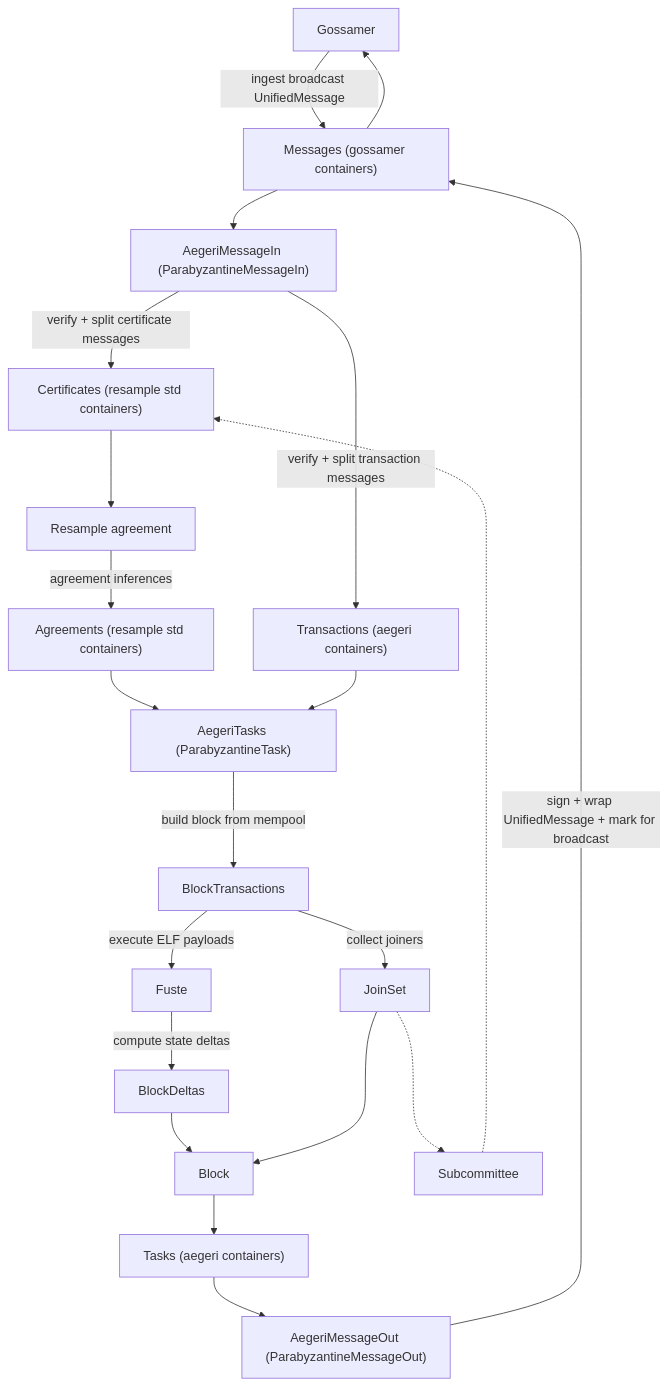
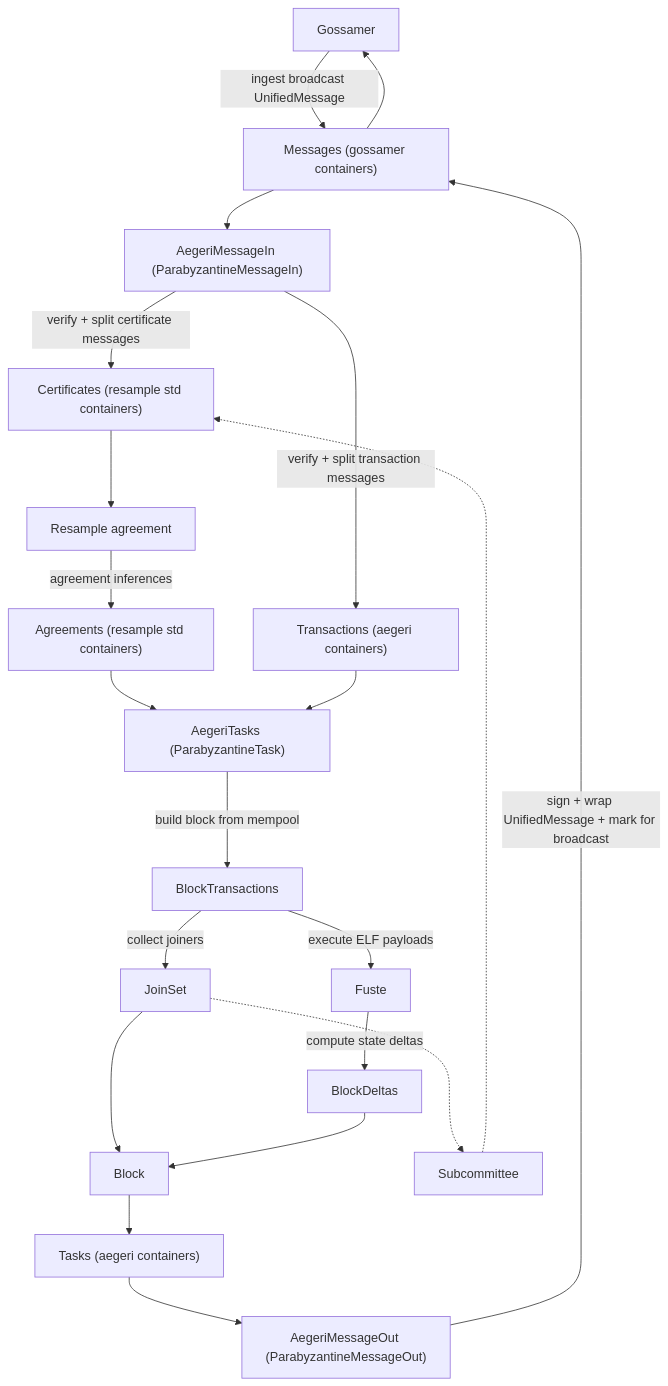
The diagram in aegeri/process/README.md (ramate-io/gwrdfa), drawn with Mermaid before and after one commit. The commit also changed other lines of this file, not shown here.

Commit message:
chore: mermaid layout improvements.

````diff
--- a/aegeri/process/README.md
+++ b/aegeri/process/README.md
@@ -24,30 +24,30 @@
 ```mermaid
 flowchart TB
     Gossamer["Gossamer"] -- "ingest broadcast UnifiedMessage" --> Messages["Messages (gossamer containers)"]
     Messages --> AMI["AegeriMessageIn (ParabyzantineMessageIn)"]
 
     AMI -- "verify + split certificate messages" --> Certificates["Certificates (resample std containers)"]
     AMI -- "verify + split transaction messages" --> Transactions["Transactions (aegeri containers)"]
 
     Certificates --> Resample["Resample agreement"]
     Resample -- "agreement inferences" --> Agreements["Agreements (resample std containers)"]
 
     Agreements --> AT["AegeriTasks (ParabyzantineTask)"]
     Transactions --> AT
 
     AT -- "build block from mempool" --> BlockTx["BlockTransactions"]
+    BlockTx -- "collect joiners" --> JoinSet["JoinSet"]
     BlockTx -- "execute ELF payloads" --> Fuste["Fuste"]
     Fuste -- "compute state deltas" --> BlockDeltas["BlockDeltas"]
-    BlockTx -- "collect joiners" --> JoinSet["JoinSet"]
 
+    JoinSet --> Block
     BlockDeltas --> Block["Block"]
-    JoinSet --> Block
 
     Block --> Tasks["Tasks (aegeri containers)"]
     Tasks --> AMO["AegeriMessageOut (ParabyzantineMessageOut)"]
     AMO -- "sign + wrap UnifiedMessage + mark for broadcast" --> Messages
     Messages --> Gossamer
 
     Sub["Subcommittee"]-..->Certificates
     JoinSet-..->Sub
 ```
````
